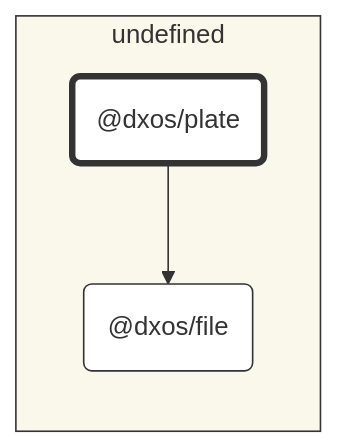
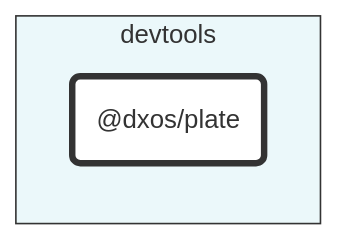
One commit to dxos/dxos changed the diagram in packages/devtools/plate/docs/README.md. Above: the diagram before and after it, drawn with Mermaid. The commit also changed other lines of this file and 95 other files, not shown here.

Commit message:
Class diagrams.

````diff
--- a/packages/devtools/plate/docs/README.md
+++ b/packages/devtools/plate/docs/README.md
@@ -7,23 +7,20 @@
 ```mermaid
 %%{ init: {'flowchart':{'curve':'basis'}} }%%
 
 flowchart LR
 
 %% Classes
 classDef def fill:#fff,stroke:#333,stroke-width:1px
 classDef root fill:#fff,stroke:#333,stroke-width:4px
 
 %% Nodes
 
-subgraph undefined [undefined]
-  style undefined fill:#faf7eb,stroke:#333
+subgraph devtools [devtools]
+  style devtools fill:#ebf8fa,stroke:#333
   dxos/plate("@dxos/plate"):::root
-  click dxos/plate "dxos/dxos/tree/main/tools/plate/docs"
-  dxos/file("@dxos/file"):::def
-  click dxos/file "dxos/dxos/tree/main/tools/file/docs"
+  click dxos/plate "dxos/dxos/tree/main/packages/devtools/plate/docs"
 end
 
 %% Links
 linkStyle default stroke:#333,stroke-width:1px
-dxos/plate --> dxos/file
 ```
````
